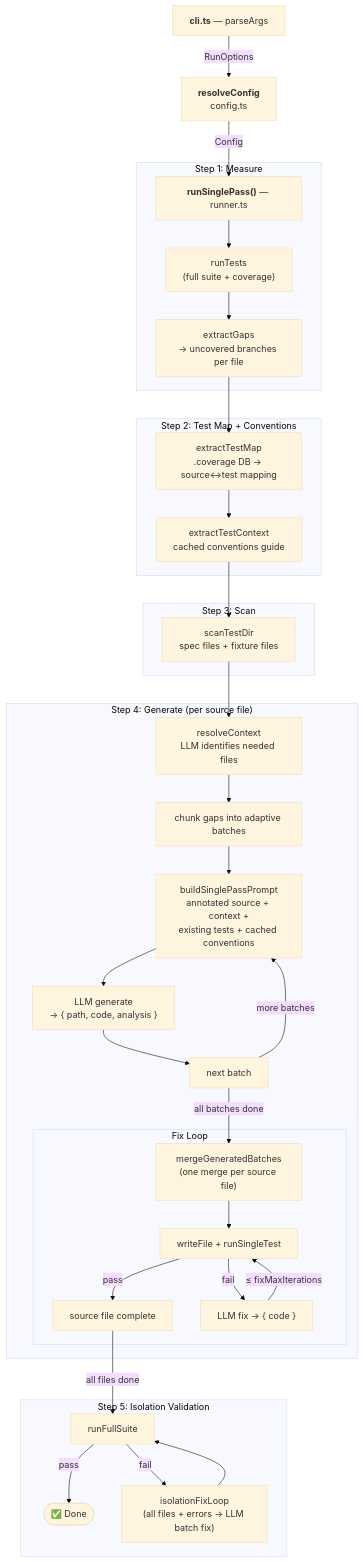
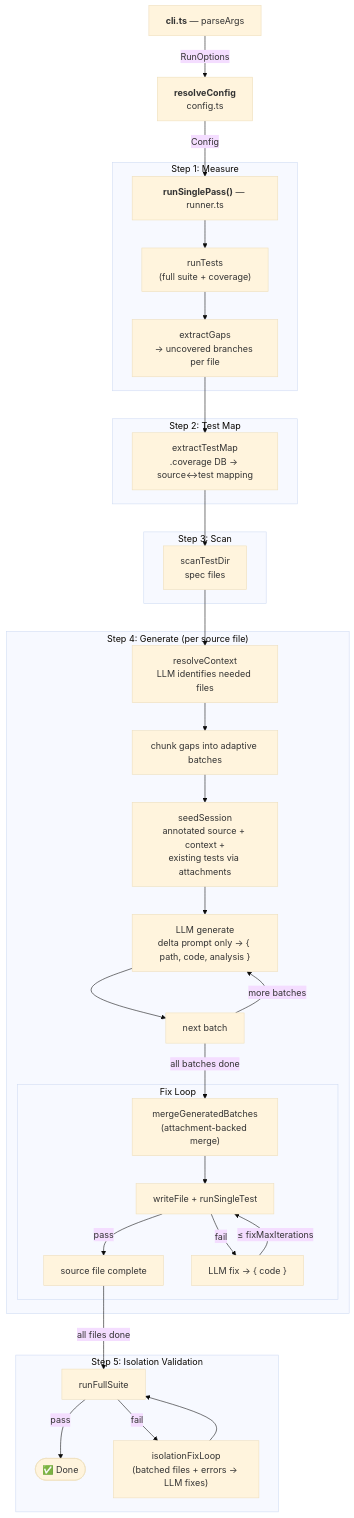
Before and after one commit to Azure/azure-sdk-for-js: the diagram in common/tools/test-gen/README.md, drawn with Mermaid (base theme). The commit also changed other lines of this file and 20 other files, not shown here.

````diff
--- a/common/tools/test-gen/README.md
+++ b/common/tools/test-gen/README.md
@@ -195,43 +243,42 @@
 ```mermaid
 flowchart TD
     CLI["<b>cli.ts</b> — parseArgs"] -- "RunOptions" --> RC["<b>resolveConfig</b><br/>config.ts"]
     RC -- "Config" --> SP["<b>runSinglePass()</b> — runner.ts"]
 
     subgraph MEASURE["Step 1: Measure"]
         SP --> RT["runTests<br/>(full suite + coverage)"]
         RT --> EG["extractGaps<br/>→ uncovered branches per file"]
     end
 
-    subgraph MAP["Step 2: Test Map + Conventions"]
+    subgraph MAP["Step 2: Test Map"]
         EG --> TM["extractTestMap<br/>.coverage DB → source↔test mapping"]
-        TM --> TC["extractTestContext<br/>cached conventions guide"]
     end
-
+    
     subgraph SCAN["Step 3: Scan"]
-        TC --> SD["scanTestDir<br/>spec files + fixture files"]
+        TM --> SD["scanTestDir<br/>spec files"]
     end
 
     subgraph GEN["Step 4: Generate (per source file)"]
         SD --> RC2["resolveContext<br/>LLM identifies needed files"]
         RC2 --> BATCH["chunk gaps into adaptive batches"]
-        BATCH --> BP["buildSinglePassPrompt<br/>annotated source + context +<br/>existing tests + cached conventions"]
-        BP --> LLM["LLM generate<br/>→ { path, code, analysis }"]
+        BATCH --> SEED["seedSession<br/>annotated source + context +<br/>existing tests via attachments"]
+        SEED --> LLM["LLM generate<br/>delta prompt only → { path, code, analysis }"]
         LLM --> NEXT["next batch"]
-        NEXT -- "more batches" --> BP
-        NEXT -- "all batches done" --> MRG["mergeGeneratedBatches<br/>(one merge per source file)"]
+        NEXT -- "more batches" --> LLM
+        NEXT -- "all batches done" --> MRG["mergeGeneratedBatches<br/>(attachment-backed merge)"]
 
         subgraph FIX["Fix Loop"]
             MRG --> WF["writeFile + runSingleTest"]
             WF -- "pass" --> DONEFILE["source file complete"]
             WF -- "fail" --> FIXLLM["LLM fix → { code }"]
             FIXLLM -- "≤ fixMaxIterations" --> WF
         end
     end
 
     subgraph VALIDATE["Step 5: Isolation Validation"]
         DONEFILE -- "all files done" --> FULL["runFullSuite"]
         FULL -- "pass" --> DONE(["✅ Done"])
-        FULL -- "fail" --> IFIX["isolationFixLoop<br/>(all files + errors → LLM batch fix)"]
+        FULL -- "fail" --> IFIX["isolationFixLoop<br/>(batched files + errors → LLM fixes)"]
         IFIX --> FULL
     end
 ```
````
